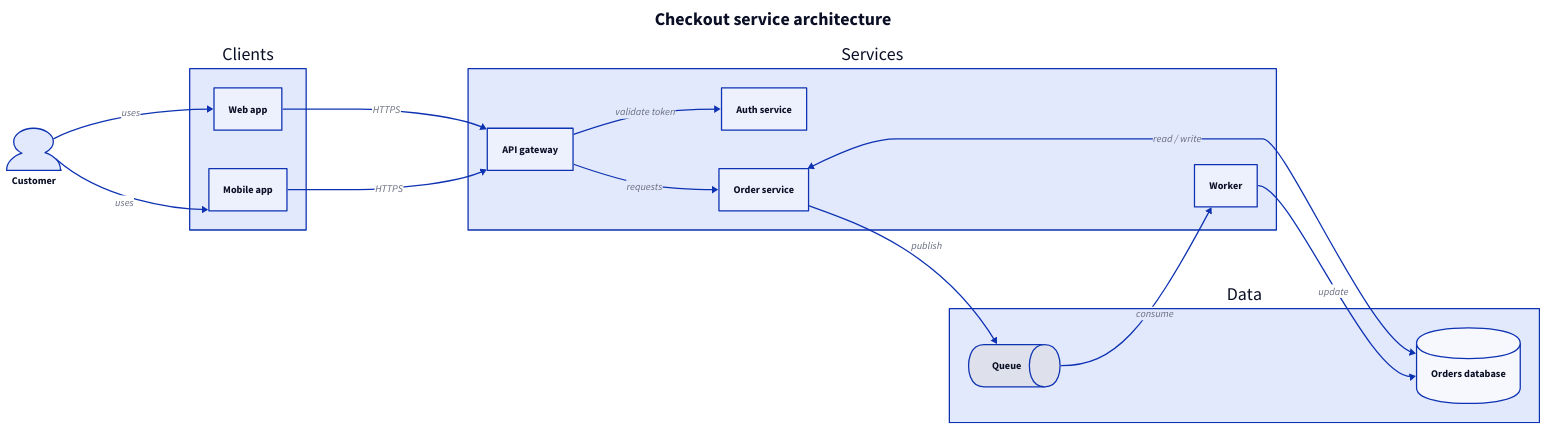
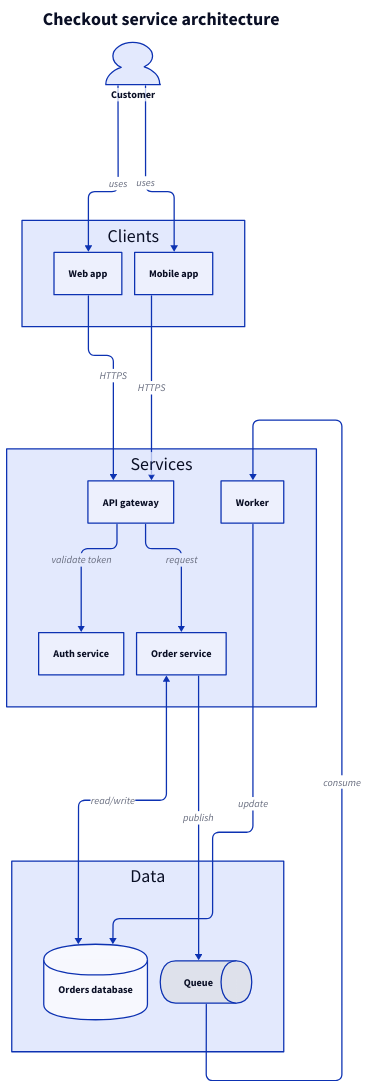
The diagram in docs/evaluations/agent-diagrams/tooled/architecture/d2.d2 (byronwall/draftably), drawn with D2 before and after one commit. The commit also changed 59 other files, not shown here.

```diff
--- a/docs/evaluations/agent-diagrams/tooled/architecture/d2.d2
+++ b/docs/evaluations/agent-diagrams/tooled/architecture/d2.d2
@@ -1,47 +1,53 @@
 title: Checkout service architecture {
   near: top-center
   shape: text
   style.font-size: 28
   style.bold: true
 }
 
-direction: right
+vars: {
+  d2-config: {
+    layout-engine: elk
+  }
+}
+
+direction: down
 
 customer: Customer {
   shape: person
 }
 
 clients: Clients {
   web: Web app
   mobile: Mobile app
 }
 
 services: Services {
   gateway: API gateway
   auth: Auth service
   order: Order service
   worker: Worker
 }
 
 data: Data {
   db: Orders database {
     shape: cylinder
   }
   queue: Queue {
     shape: queue
   }
 }
 
 customer -> clients.web: uses
 customer -> clients.mobile: uses
 
 clients.web -> services.gateway: HTTPS
 clients.mobile -> services.gateway: HTTPS
 
 services.gateway -> services.auth: validate token
-services.gateway -> services.order: requests
+services.gateway -> services.order: request
 
-services.order <-> data.db: read / write
+services.order <-> data.db: read/write
 services.order -> data.queue: publish
 data.queue -> services.worker: consume
 services.worker -> data.db: update
```
